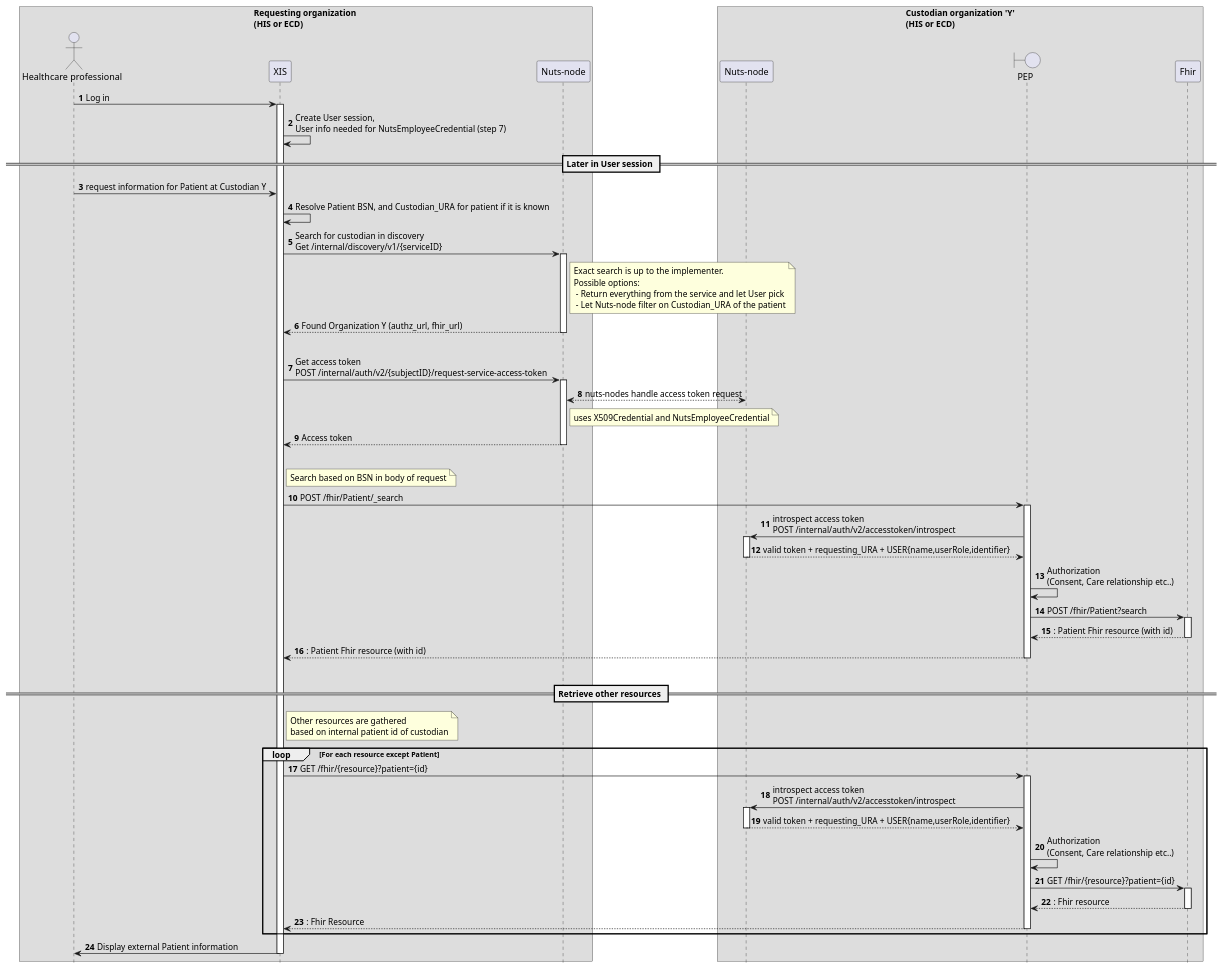
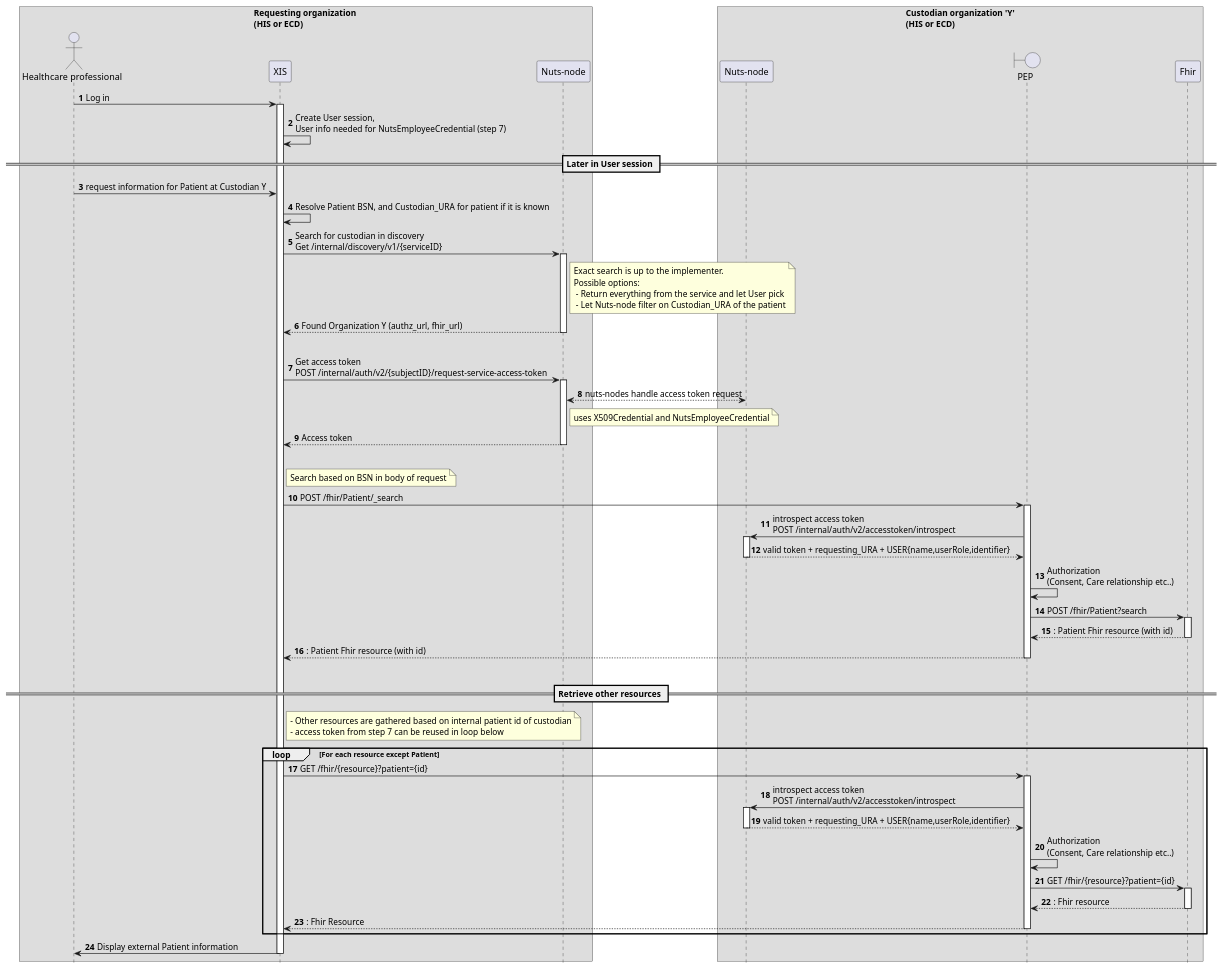
The diagram in img/sequence-diagram-generalized-resource-request.puml (nuts-foundation/toepassing-zorginzage-ha-vvt), drawn with PlantUML before and after one commit. The commit also changed 1 other file, not shown here.

Commit message:
Add versioning details for ZIBs and FHIR, update sequence diagram notes

```diff
--- a/img/sequence-diagram-generalized-resource-request.puml
+++ b/img/sequence-diagram-generalized-resource-request.puml
@@ -1,61 +1,64 @@
 @startuml
 hide footbox
 autonumber
 skinparam BoxPadding 20
 
 box Requesting organization \n(HIS or ECD)
 actor "Healthcare professional" as User
 participant XIS as req
 participant "Nuts-node" as rn
 end box
 
 
 box Custodian organization 'Y'\n(HIS or ECD)
 participant "Nuts-node" as cn
 boundary PEP
 participant Fhir
 end box
 User -> req++ : Log in
 req -> req : Create User session, \nUser info needed for NutsEmployeeCredential (step 7)
 
 == Later in User session ==
 
 User -> req: request information for Patient at Custodian Y
     req -> req: Resolve Patient BSN, and Custodian_URA for patient if it is known
 
     req -> rn++: Search for custodian in discovery \nGet /internal/discovery/v1/{serviceID}
         note right of rn: Exact search is up to the implementer. \nPossible options:\n - Return everything from the service and let User pick\n - Let Nuts-node filter on Custodian_URA of the patient
         rn --> req --: Found Organization Y (authz_url, fhir_url)
     |||
 
     req -> rn++: Get access token \nPOST /internal/auth/v2/{subjectID}/request-service-access-token
         rn <--> cn : nuts-nodes handle access token request
         note right of rn : uses X509Credential and NutsEmployeeCredential
         rn --> req-- : Access token
     |||
 
     note right of req: Search based on BSN in body of request
     req -> PEP++: POST /fhir/Patient/_search
     PEP -> cn++ : introspect access token\nPOST /internal/auth/v2/accesstoken/introspect
     PEP <-- cn-- : valid token + requesting_URA + USER{name,userRole,identifier}
     PEP -> PEP: Authorization \n(Consent, Care relationship etc..)
     PEP -> Fhir++: POST /fhir/Patient?search
     return: Patient Fhir resource (with id)
     return: Patient Fhir resource (with id)
 
     |||
    == Retrieve other resources ==
 
-    note right of req: Other resources are gathered \nbased on internal patient id of custodian
+    note right of req
+     - Other resources are gathered based on internal patient id of custodian
+     - access token from step 7 can be reused in loop below
+    end note
     loop For each resource except Patient
         req -> PEP++: GET /fhir/{resource}?patient={id}
             PEP -> cn++ : introspect access token\nPOST /internal/auth/v2/accesstoken/introspect
                 PEP <-- cn-- : valid token + requesting_URA + USER{name,userRole,identifier}
             PEP -> PEP: Authorization \n(Consent, Care relationship etc..)
             PEP -> Fhir++: GET /fhir/{resource}?patient={id}
             return: Fhir resource
             return: Fhir Resource
     end loop
     User <- req --: Display external Patient information
 
 @enduml
```
